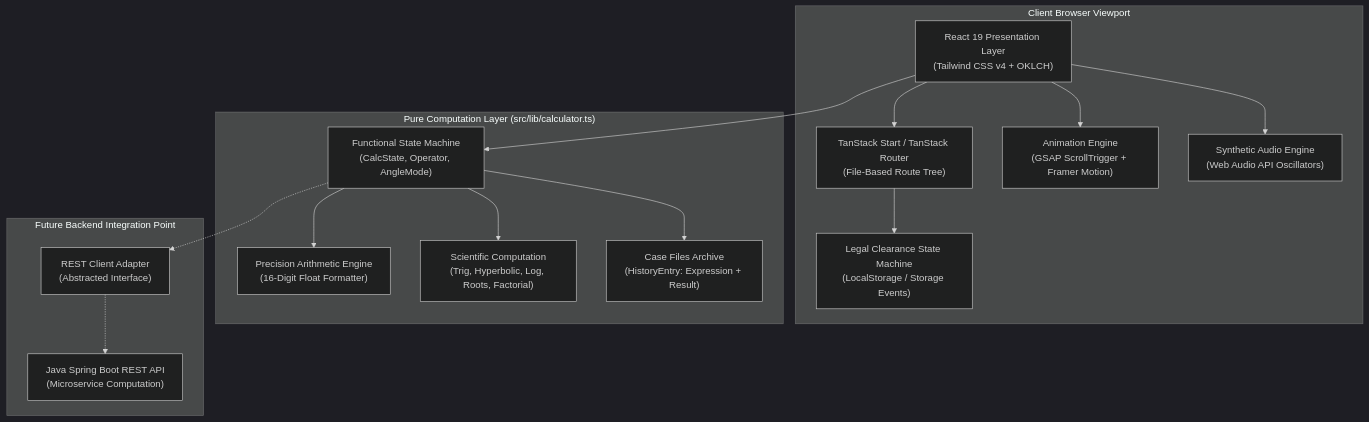
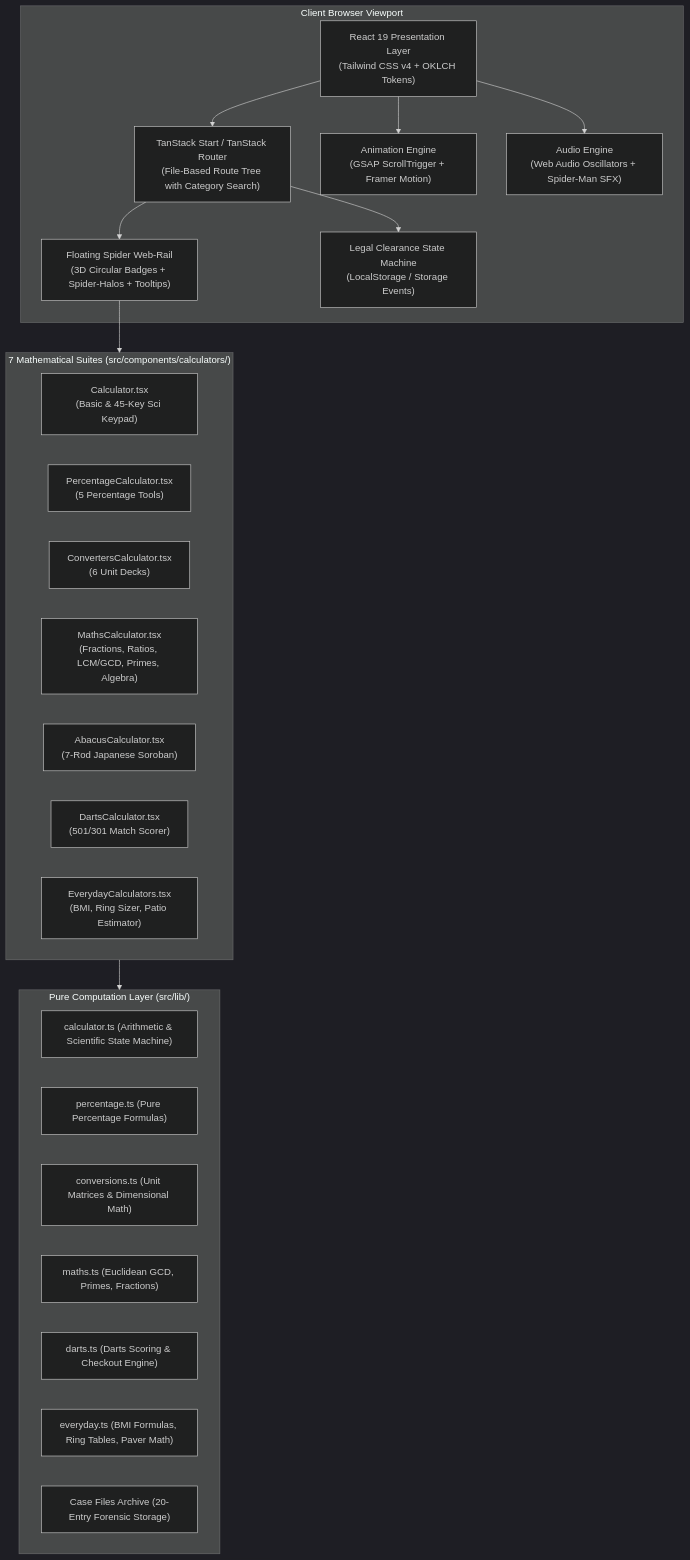
The first of 2 diagrams in README.md (VARA4u-tech/spidy-calculator), drawn with Mermaid (dark theme) before and after one commit. The commit also changed other lines of this file and 4 other files, not shown here.

First line of the commit message:
Enhance SpiderWebRail tooltip behavior, improve Ring Size Calculator UI, and update homepage content for clarity and engagement

````diff
--- a/README.md
+++ b/README.md
@@ -117,33 +108,39 @@
 ```mermaid
 flowchart TD
     subgraph Client ["Client Browser Viewport"]
-        UI["React 19 Presentation Layer\n(Tailwind CSS v4 + OKLCH)"]
-        Router["TanStack Start / TanStack Router\n(File-Based Route Tree)"]
+        UI["React 19 Presentation Layer\n(Tailwind CSS v4 + OKLCH Tokens)"]
+        Router["TanStack Start / TanStack Router\n(File-Based Route Tree with Category Search)"]
+        WebRail["Floating Spider Web-Rail\n(3D Circular Badges + Spider-Halos + Tooltips)"]
         Anim["Animation Engine\n(GSAP ScrollTrigger + Framer Motion)"]
-        Audio["Synthetic Audio Engine\n(Web Audio API Oscillators)"]
+        Audio["Audio Engine\n(Web Audio Oscillators + Spider-Man SFX)"]
         Guard["Legal Clearance State Machine\n(LocalStorage / Storage Events)"]
     end
 
-    subgraph CoreEngine ["Pure Computation Layer (src/lib/calculator.ts)"]
-        Reducer["Functional State Machine\n(CalcState, Operator, AngleMode)"]
-        Arithmetic["Precision Arithmetic Engine\n(16-Digit Float Formatter)"]
-        SciModule["Scientific Computation\n(Trig, Hyperbolic, Log, Roots, Factorial)"]
-        HistoryModule["Case Files Archive\n(HistoryEntry: Expression + Result)"]
+    subgraph Suites ["7 Mathematical Suites (src/components/calculators/)"]
+        C1["Calculator.tsx\n(Basic & 45-Key Sci Keypad)"]
+        C2["PercentageCalculator.tsx\n(5 Percentage Tools)"]
+        C3["ConvertersCalculator.tsx\n(6 Unit Decks)"]
+        C4["MathsCalculator.tsx\n(Fractions, Ratios, LCM/GCD, Primes, Algebra)"]
+        C5["AbacusCalculator.tsx\n(7-Rod Japanese Soroban)"]
+        C6["DartsCalculator.tsx\n(501/301 Match Scorer)"]
+        C7["EverydayCalculators.tsx\n(BMI, Ring Sizer, Patio Estimator)"]
     end
 
-    subgraph External ["Future Backend Integration Point"]
-        APIClient["REST Client Adapter\n(Abstracted Interface)"]
-        JavaBackend["Java Spring Boot REST API\n(Microservice Computation)"]
+    subgraph CoreEngine ["Pure Computation Layer (src/lib/)"]
+        M1["calculator.ts (Arithmetic & Scientific State Machine)"]
+        M2["percentage.ts (Pure Percentage Formulas)"]
+        M3["conversions.ts (Unit Matrices & Dimensional Math)"]
+        M4["maths.ts (Euclidean GCD, Primes, Fractions)"]
+        M5["darts.ts (Darts Scoring & Checkout Engine)"]
+        M6["everyday.ts (BMI Formulas, Ring Tables, Paver Math)"]
+        Hist["Case Files Archive (20-Entry Forensic Storage)"]
     end
 
     UI --> Router
     Router --> Guard
+    Router --> WebRail
+    WebRail --> Suites
+    Suites --> CoreEngine
     UI --> Anim
     UI --> Audio
-    UI --> Reducer
-    Reducer --> Arithmetic
-    Reducer --> SciModule
-    Reducer --> HistoryModule
-    Reducer -.-> APIClient
-    APIClient -.-> JavaBackend
 ```
````
